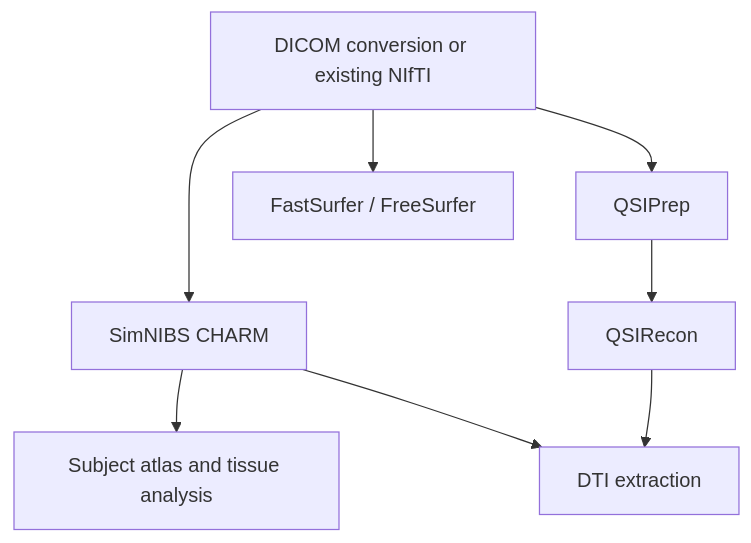
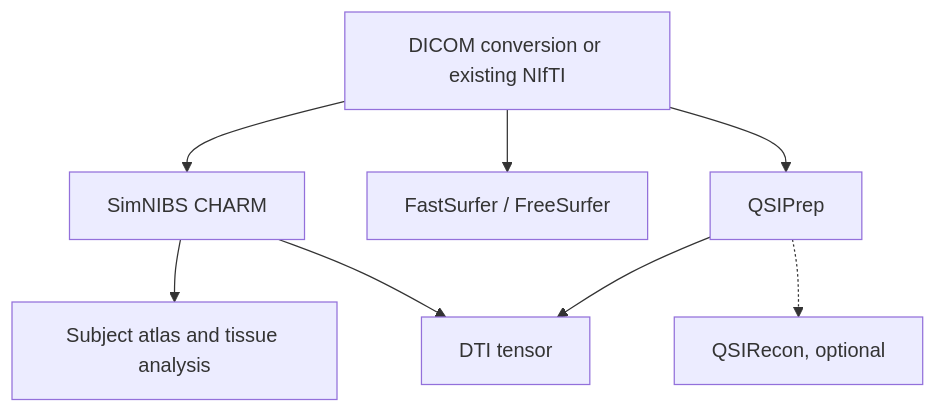
Before and after one commit to idossha/TI-Toolbox: the diagram in docs/wiki/pre-processing.md, drawn with Mermaid. The commit also changed other lines of this file and 8 other files, not shown here.

First line of the commit message:
docs(dti): DTI is fitted from QSIPrep output, QSIRecon is optional, QSIPrep needs an x86-64 host

````diff
--- a/docs/wiki/pre-processing.md
+++ b/docs/wiki/pre-processing.md
@@ -14,10 +14,10 @@
 ```mermaid
 graph TD
     A[DICOM conversion or existing NIfTI] --> B[SimNIBS CHARM]
     A --> C[FastSurfer / FreeSurfer]
     A --> D[QSIPrep]
     B --> E[Subject atlas and tissue analysis]
-    D --> F[QSIRecon]
-    F --> G[DTI extraction]
+    D --> G[DTI tensor]
     B --> G
+    D -.-> F[QSIRecon, optional]
 ```
````
